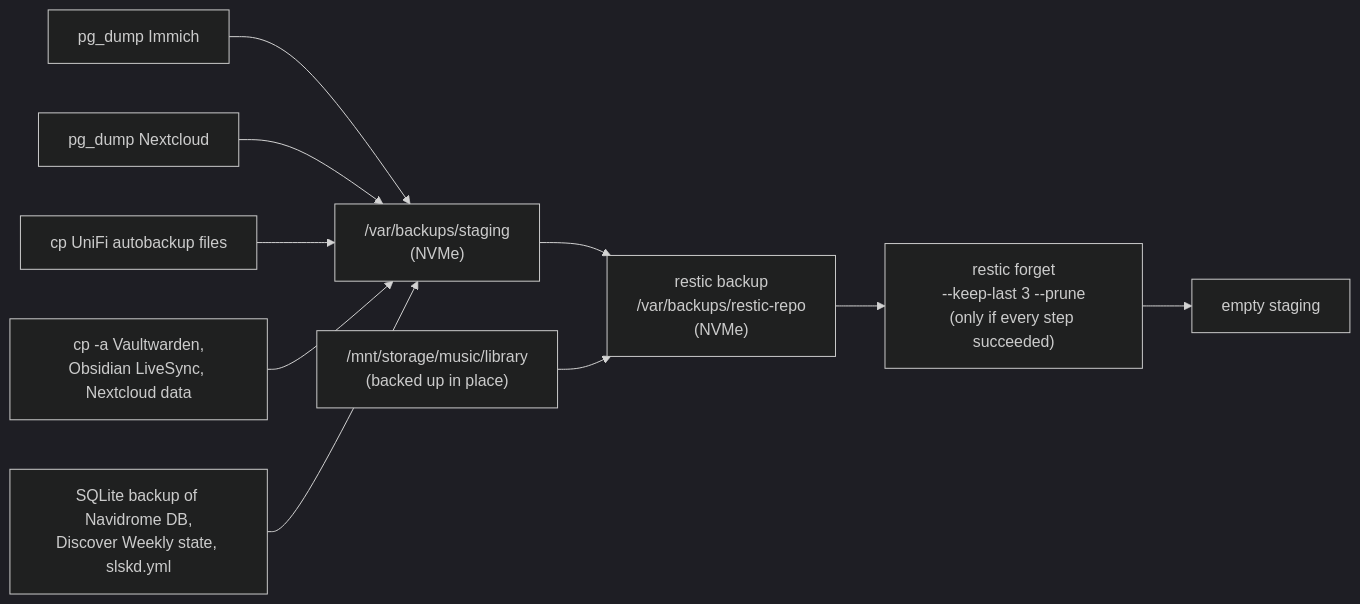
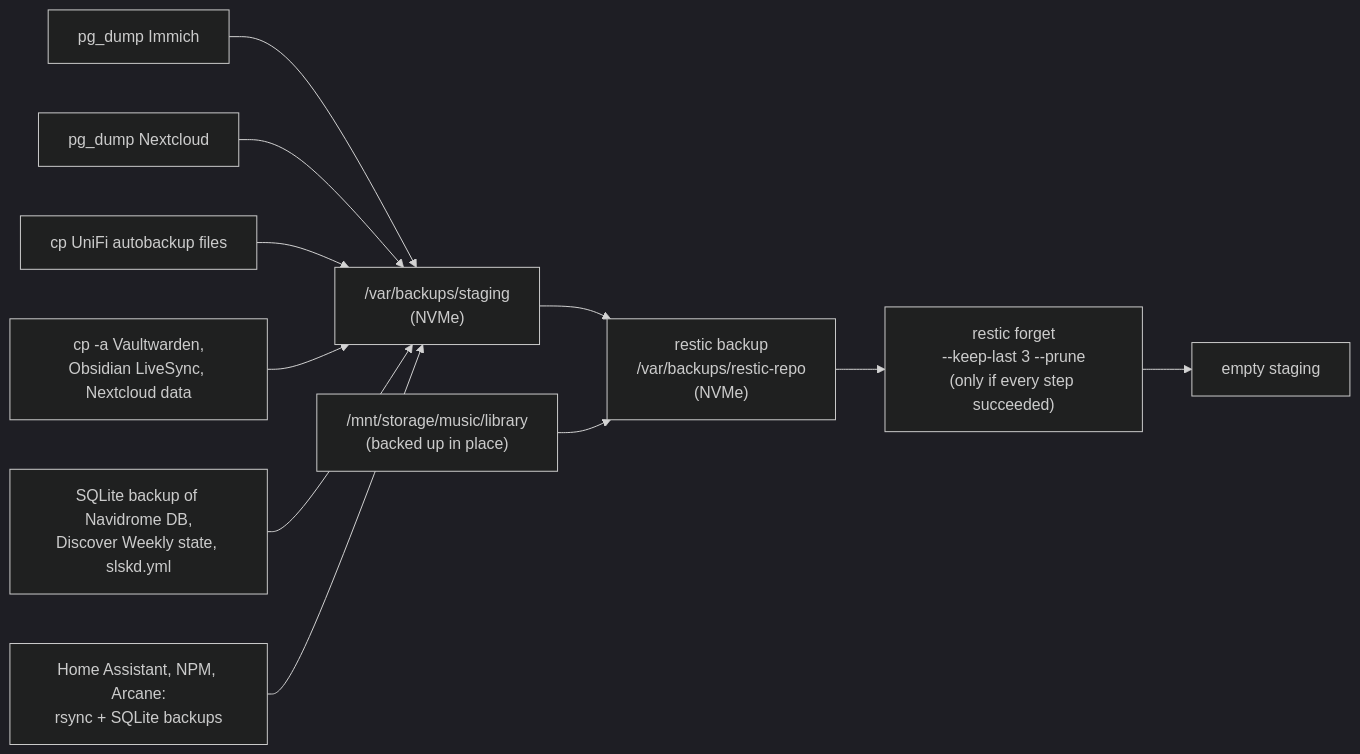
Before and after one commit to schultzn6619/homelab-documentation: the second of 2 diagrams in docs/storage-and-backups.md, drawn with Mermaid (dark theme). The commit also changed other lines of this file and 4 other files, not shown here.

````diff
--- a/docs/storage-and-backups.md
+++ b/docs/storage-and-backups.md
@@ -105,12 +105,13 @@
 ```mermaid
 flowchart LR
     A[pg_dump Immich] --> S["/var/backups/staging<br/>(NVMe)"]
     B[pg_dump Nextcloud] --> S
     C["cp UniFi autobackup files"] --> S
     D["cp -a Vaultwarden,<br/>Obsidian LiveSync, Nextcloud data"] --> S
     E["SQLite backup of Navidrome DB,<br/>Discover Weekly state, slskd.yml"] --> S
+    G["Home Assistant, NPM, Arcane:<br/>rsync + SQLite backups"] --> S
     S --> R["restic backup<br/>/var/backups/restic-repo<br/>(NVMe)"]
     M["/mnt/storage/music/library<br/>(backed up in place)"] --> R
     R --> F["restic forget<br/>--keep-last 3 --prune<br/>(only if every step succeeded)"]
     F --> X[empty staging]
 ```
````
